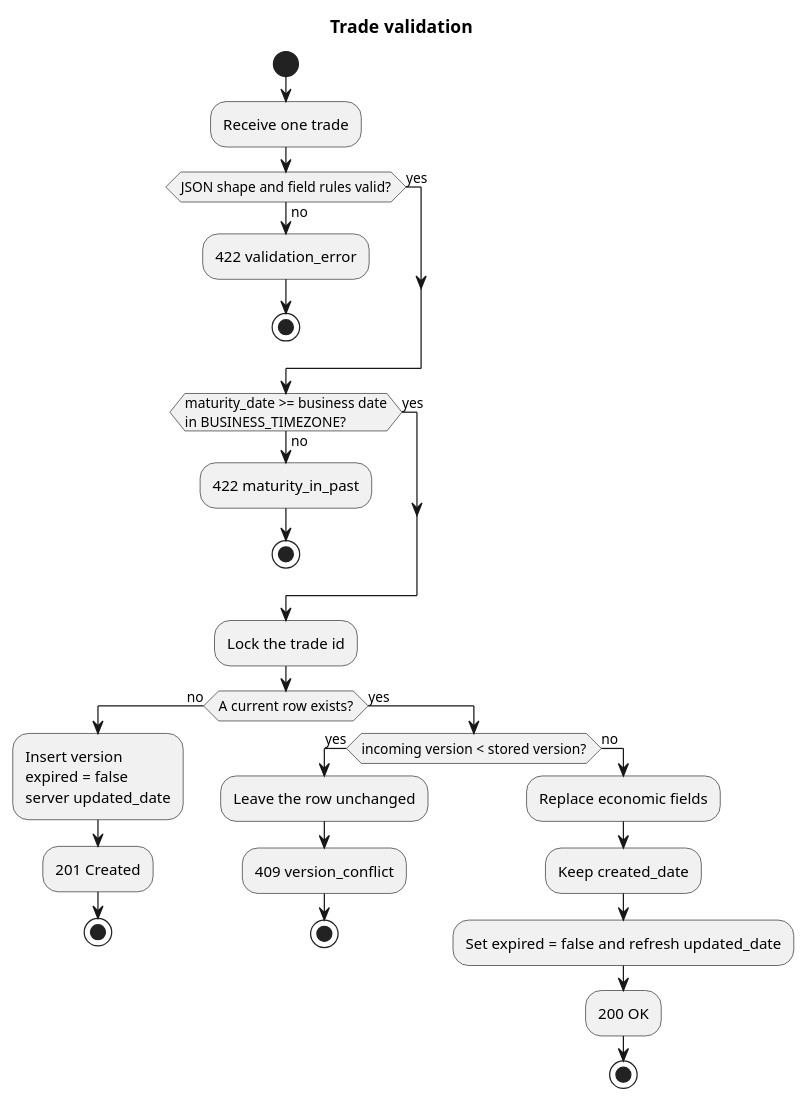
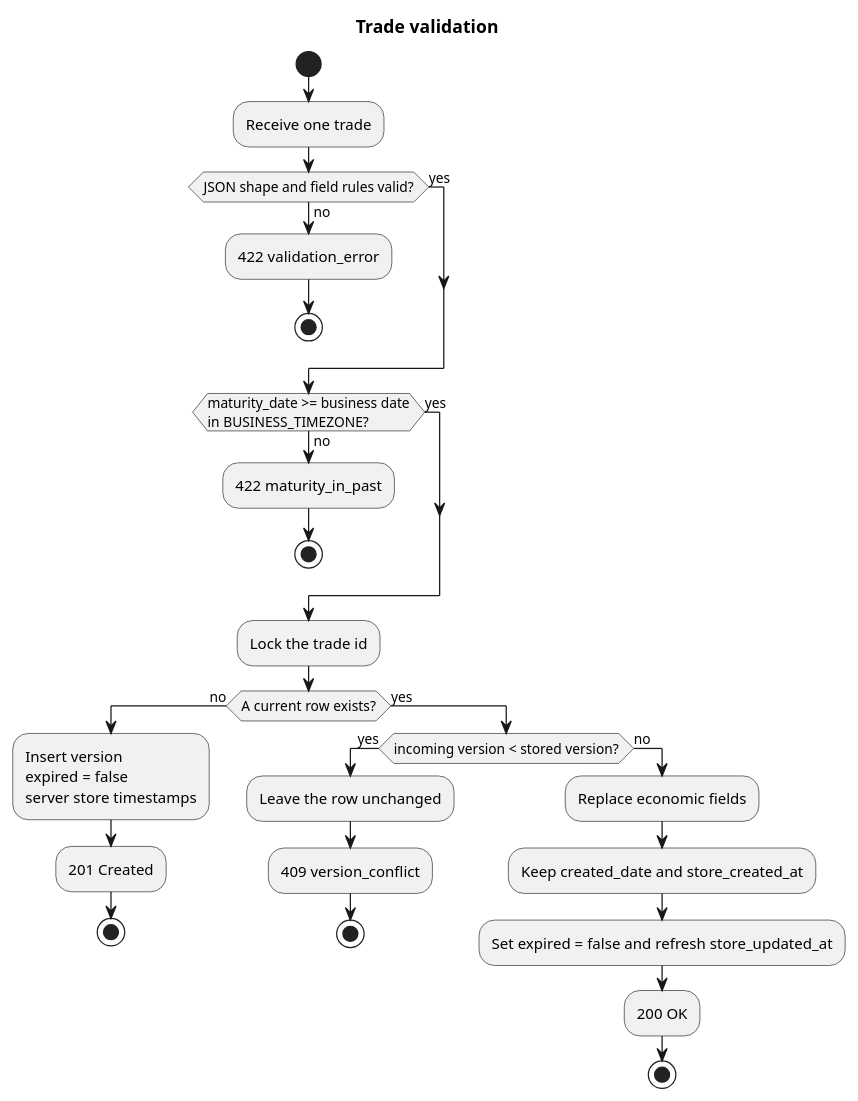
The diagram in docs/diagrams/trade-validation-activity.puml (bron10/trade-store), drawn with PlantUML before and after one commit. The commit also changed 4 other files, not shown here.

Commit message:
define trade store requirements and architecture

```diff
--- a/docs/diagrams/trade-validation-activity.puml
+++ b/docs/diagrams/trade-validation-activity.puml
@@ -1,36 +1,36 @@
 @startuml
 title Trade validation
 
 start
 :Receive one trade;
 if (JSON shape and field rules valid?) then (yes)
 else (no)
   :422 validation_error;
   stop
 endif
 
 if (maturity_date >= business date\nin BUSINESS_TIMEZONE?) then (yes)
 else (no)
   :422 maturity_in_past;
   stop
 endif
 
 :Lock the trade id;
 if (A current row exists?) then (no)
-  :Insert version\nexpired = false\nserver updated_date;
+  :Insert version\nexpired = false\nserver store timestamps;
   :201 Created;
   stop
 else (yes)
   if (incoming version < stored version?) then (yes)
     :Leave the row unchanged;
     :409 version_conflict;
     stop
   else (no)
     :Replace economic fields;
-    :Keep created_date;
-    :Set expired = false and refresh updated_date;
+    :Keep created_date and store_created_at;
+    :Set expired = false and refresh store_updated_at;
     :200 OK;
     stop
   endif
 endif
 @enduml
```
